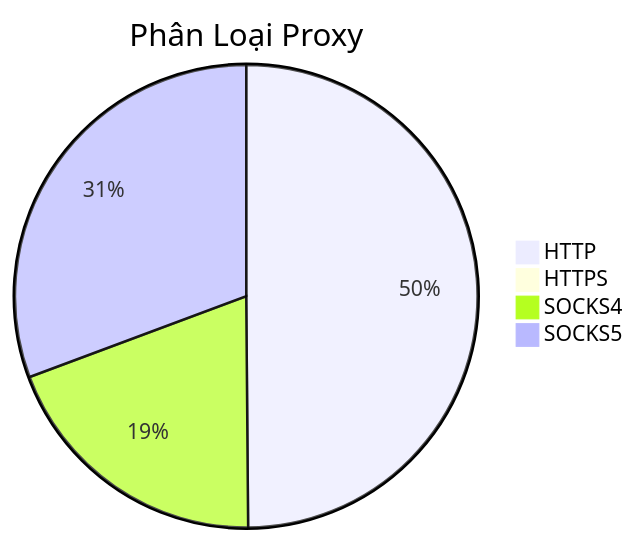
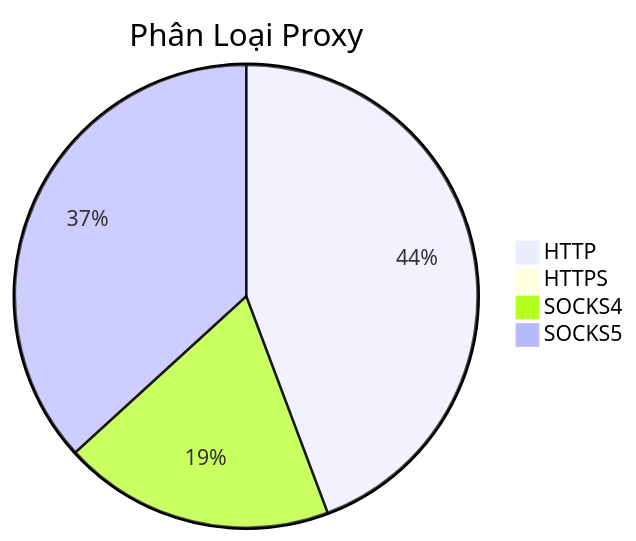
The diagram in README.md (Ciara-12/PROXY-free), drawn with Mermaid before and after one commit. The commit also changed other lines of this file and 3 other files, not shown here.

````diff
--- a/README.md
+++ b/README.md
@@ -26,7 +26,7 @@
 ```mermaid
 pie title Phân Loại Proxy
-    "HTTP" : 764
+    "HTTP" : 886
     "HTTPS" : 0
-    "SOCKS4" : 298
-    "SOCKS5" : 470
+    "SOCKS4" : 379
+    "SOCKS5" : 736
 ```
````
